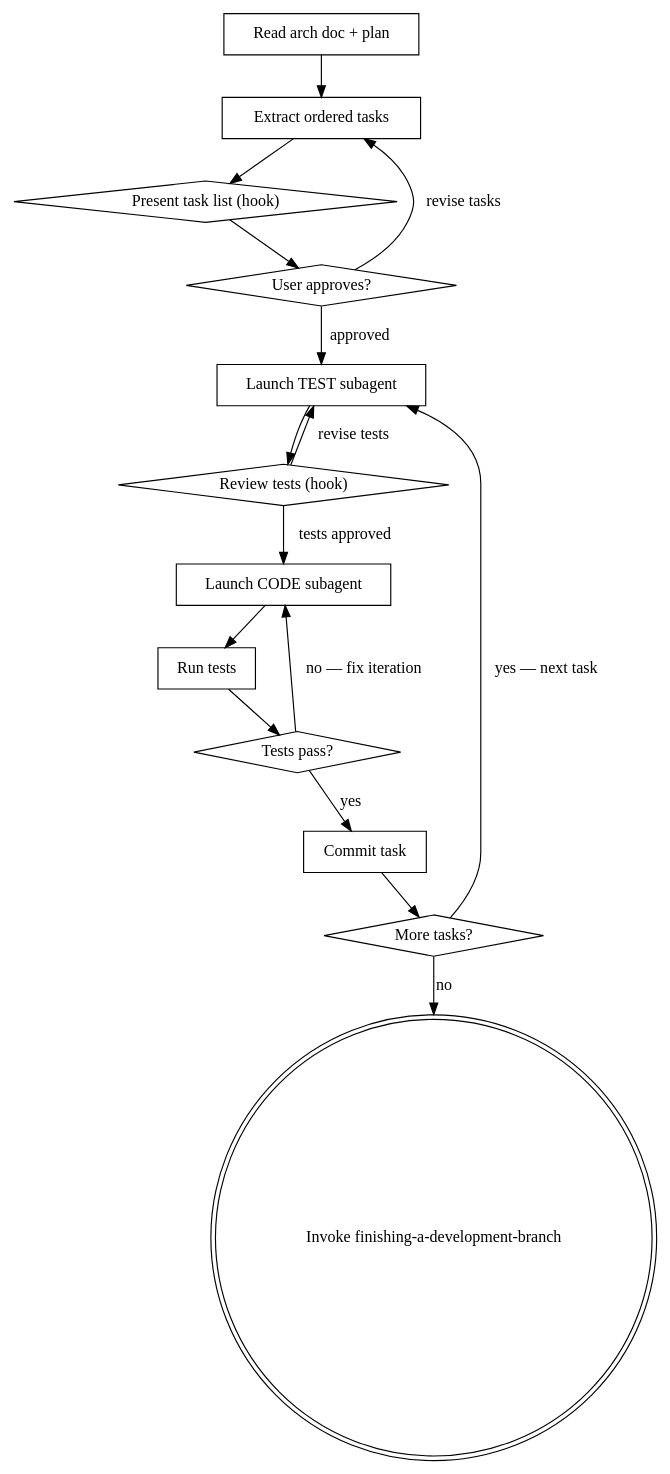
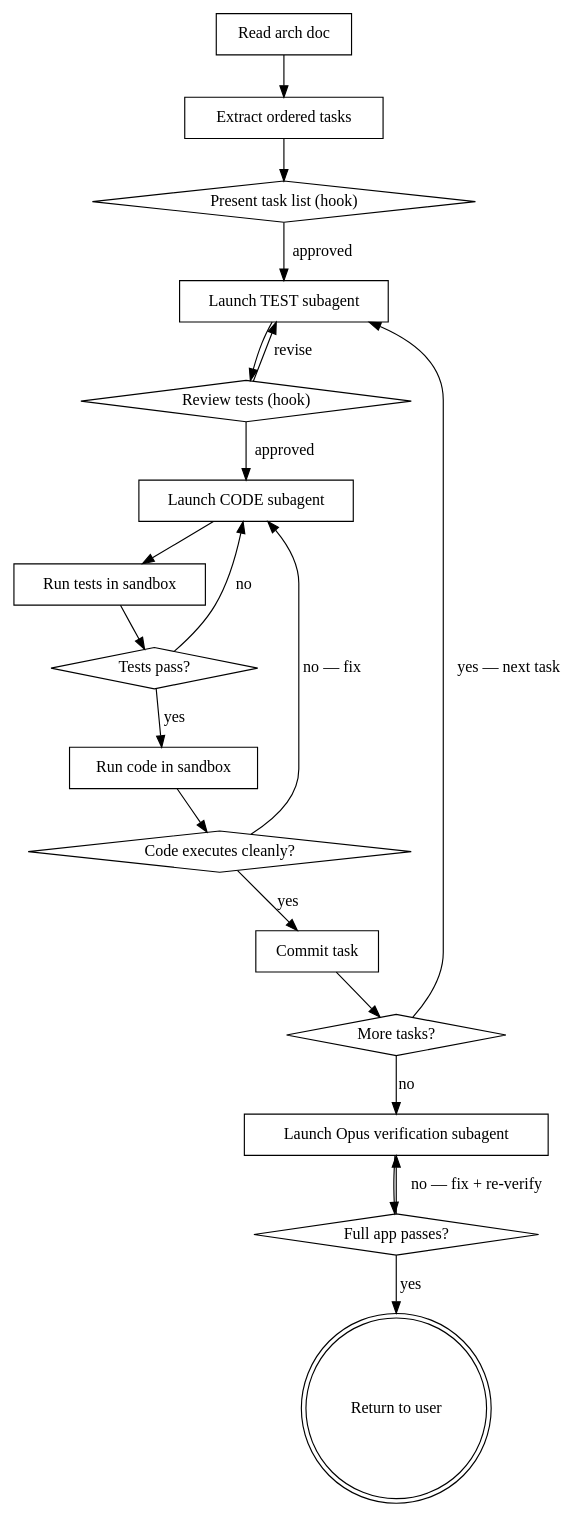
One commit to ashcastelinocs124/FocusTabs changed the diagram in .claude/skills/max-wigium/arch-to-code.md. Above: the diagram before and after it, drawn with Graphviz. The commit also changed other lines of this file, not shown here.

First line of the commit message:
feat: add sandbox + Opus final verification to arch-to-code

````diff
--- a/.claude/skills/max-wigium/arch-to-code.md
+++ b/.claude/skills/max-wigium/arch-to-code.md
@@ -38,32 +51,39 @@
 ```dot
 digraph arch_to_code {
-    "Read arch doc + plan" [shape=box];
+    "Read arch doc" [shape=box];
     "Extract ordered tasks" [shape=box];
     "Present task list (hook)" [shape=diamond];
-    "User approves?" [shape=diamond];
     "Launch TEST subagent" [shape=box];
     "Review tests (hook)" [shape=diamond];
     "Launch CODE subagent" [shape=box];
-    "Run tests" [shape=box];
+    "Run tests in sandbox" [shape=box];
     "Tests pass?" [shape=diamond];
+    "Run code in sandbox" [shape=box];
+    "Code executes cleanly?" [shape=diamond];
     "Commit task" [shape=box];
     "More tasks?" [shape=diamond];
-    "Invoke finishing-a-development-branch" [shape=doublecircle];
+    "Launch Opus verification subagent" [shape=box];
+    "Full app passes?" [shape=diamond];
+    "Return to user" [shape=doublecircle];
 
-    "Read arch doc + plan" -> "Extract ordered tasks";
+    "Read arch doc" -> "Extract ordered tasks";
     "Extract ordered tasks" -> "Present task list (hook)";
-    "Present task list (hook)" -> "User approves?";
-    "User approves?" -> "Extract ordered tasks" [label="revise tasks"];
-    "User approves?" -> "Launch TEST subagent" [label="approved"];
+    "Present task list (hook)" -> "Launch TEST subagent" [label="approved"];
     "Launch TEST subagent" -> "Review tests (hook)";
-    "Review tests (hook)" -> "Launch TEST subagent" [label="revise tests"];
-    "Review tests (hook)" -> "Launch CODE subagent" [label="tests approved"];
-    "Launch CODE subagent" -> "Run tests";
-    "Run tests" -> "Tests pass?" ;
-    "Tests pass?" -> "Launch CODE subagent" [label="no — fix iteration"];
-    "Tests pass?" -> "Commit task" [label="yes"];
+    "Review tests (hook)" -> "Launch TEST subagent" [label="revise"];
+    "Review tests (hook)" -> "Launch CODE subagent" [label="approved"];
+    "Launch CODE subagent" -> "Run tests in sandbox";
+    "Run tests in sandbox" -> "Tests pass?";
+    "Tests pass?" -> "Launch CODE subagent" [label="no"];
+    "Tests pass?" -> "Run code in sandbox" [label="yes"];
+    "Run code in sandbox" -> "Code executes cleanly?";
+    "Code executes cleanly?" -> "Launch CODE subagent" [label="no — fix"];
+    "Code executes cleanly?" -> "Commit task" [label="yes"];
     "Commit task" -> "More tasks?";
     "More tasks?" -> "Launch TEST subagent" [label="yes — next task"];
-    "More tasks?" -> "Invoke finishing-a-development-branch" [label="no"];
+    "More tasks?" -> "Launch Opus verification subagent" [label="no"];
+    "Launch Opus verification subagent" -> "Full app passes?";
+    "Full app passes?" -> "Launch Opus verification subagent" [label="no — fix + re-verify"];
+    "Full app passes?" -> "Return to user" [label="yes"];
 }
 ```
````
